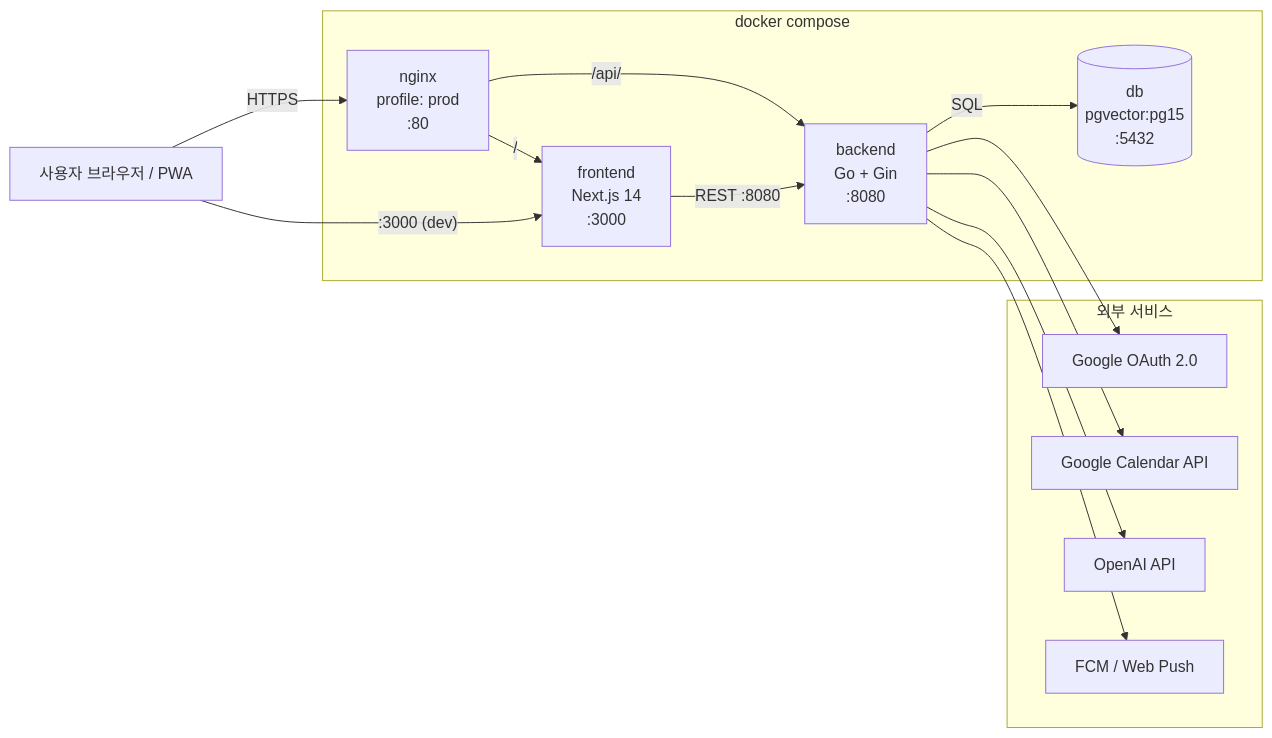
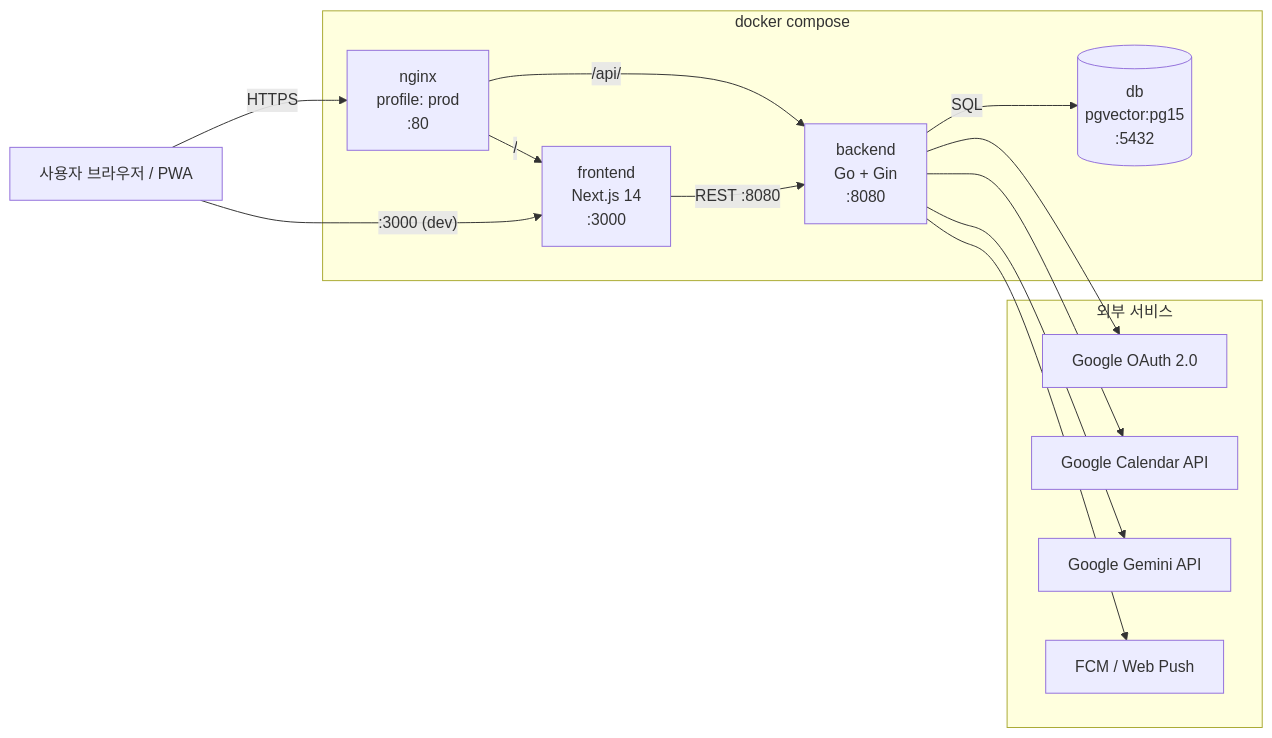
Before and after one commit to CatPope/EXP-Calendar: the diagram in README.md, drawn with Mermaid. The commit also changed other lines of this file and 3 other files, not shown here.

First line of the commit message:
docs(llm): LLM 벤더 표기 OpenAI → Gemini 정합화

````diff
--- a/README.md
+++ b/README.md
@@ -11,29 +11,29 @@
 ```mermaid
 flowchart LR
     User[사용자 브라우저 / PWA]
 
     subgraph Compose [docker compose]
         FE[frontend<br/>Next.js 14<br/>:3000]
         BE[backend<br/>Go + Gin<br/>:8080]
         DB[(db<br/>pgvector:pg15<br/>:5432)]
         NG[nginx<br/>profile: prod<br/>:80]
     end
 
     subgraph External [외부 서비스]
         GAuth[Google OAuth 2.0]
         GCal[Google Calendar API]
-        OAI[OpenAI API]
+        GEM[Google Gemini API]
         Push[FCM / Web Push]
     end
 
     User -- HTTPS --> NG
     NG -- "/" --> FE
     NG -- "/api/" --> BE
     User -- ":3000 (dev)" --> FE
     FE -- "REST :8080" --> BE
     BE -- SQL --> DB
     BE --> GAuth
     BE --> GCal
-    BE --> OAI
+    BE --> GEM
     BE --> Push
 ```
````
